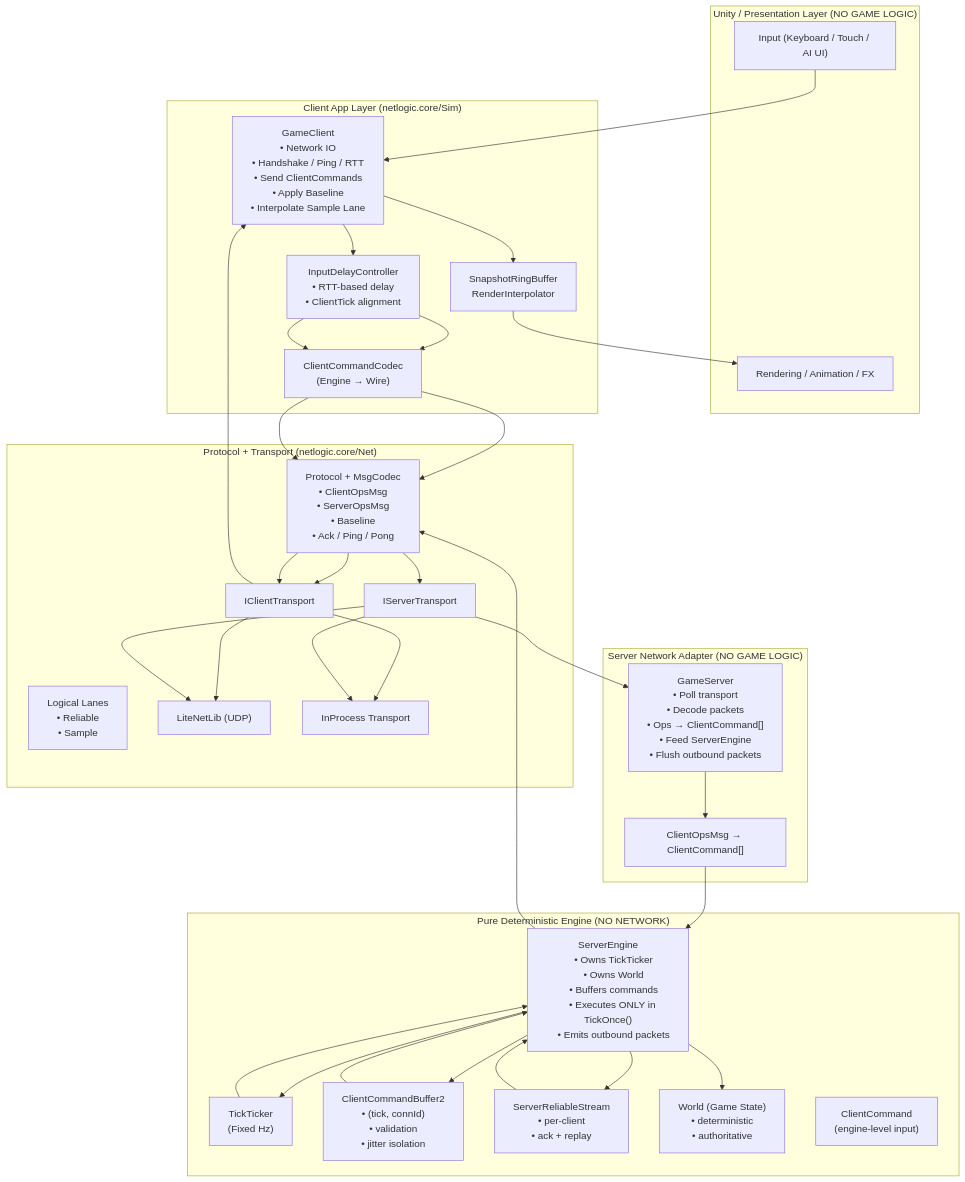
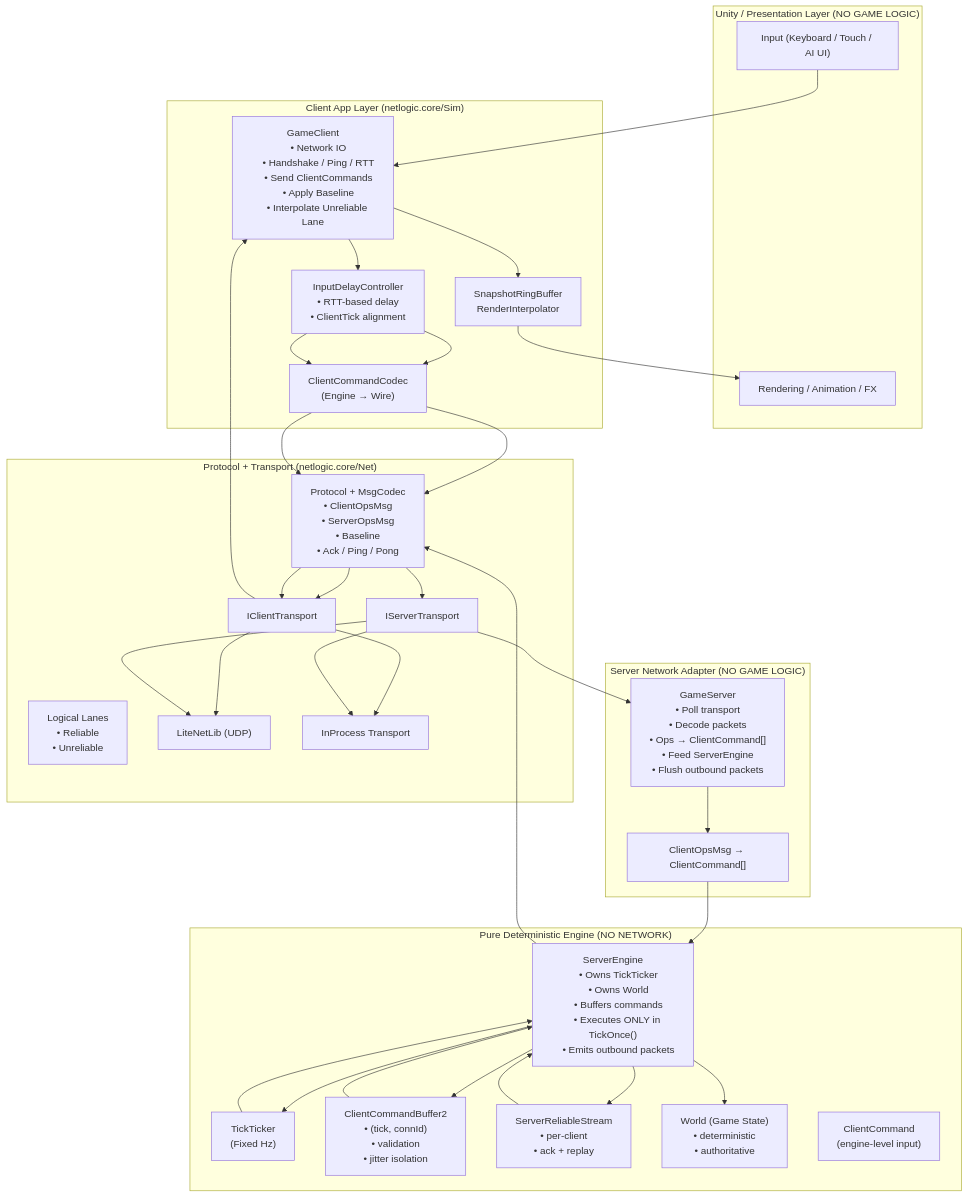
Before and after one commit to chenfanggm/netlogic: the diagram in README.md, drawn with Mermaid. The commit also changed other lines of this file and 14 other files, not shown here.

```diff
--- a/README.md
+++ b/README.md
@@ -53,7 +53,7 @@
     • Handshake / Ping / RTT
     • Send ClientCommands
     • Apply Baseline
-    • Interpolate Sample Lane"]
+    • Interpolate Unreliable Lane"]
 
     Delay["InputDelayController
     • RTT-based delay
@@ -78,7 +78,7 @@
 
     Lanes["Logical Lanes
     • Reliable
-    • Sample"]
+    • Unreliable"]
 
     CT["IClientTransport"]
     ST["IServerTransport"]
```
